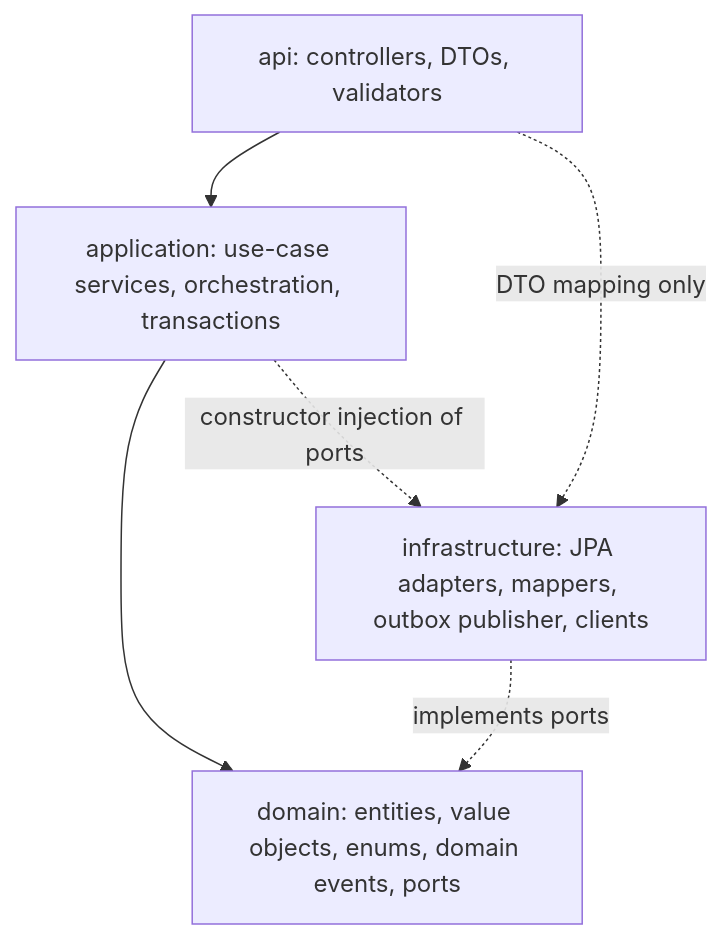
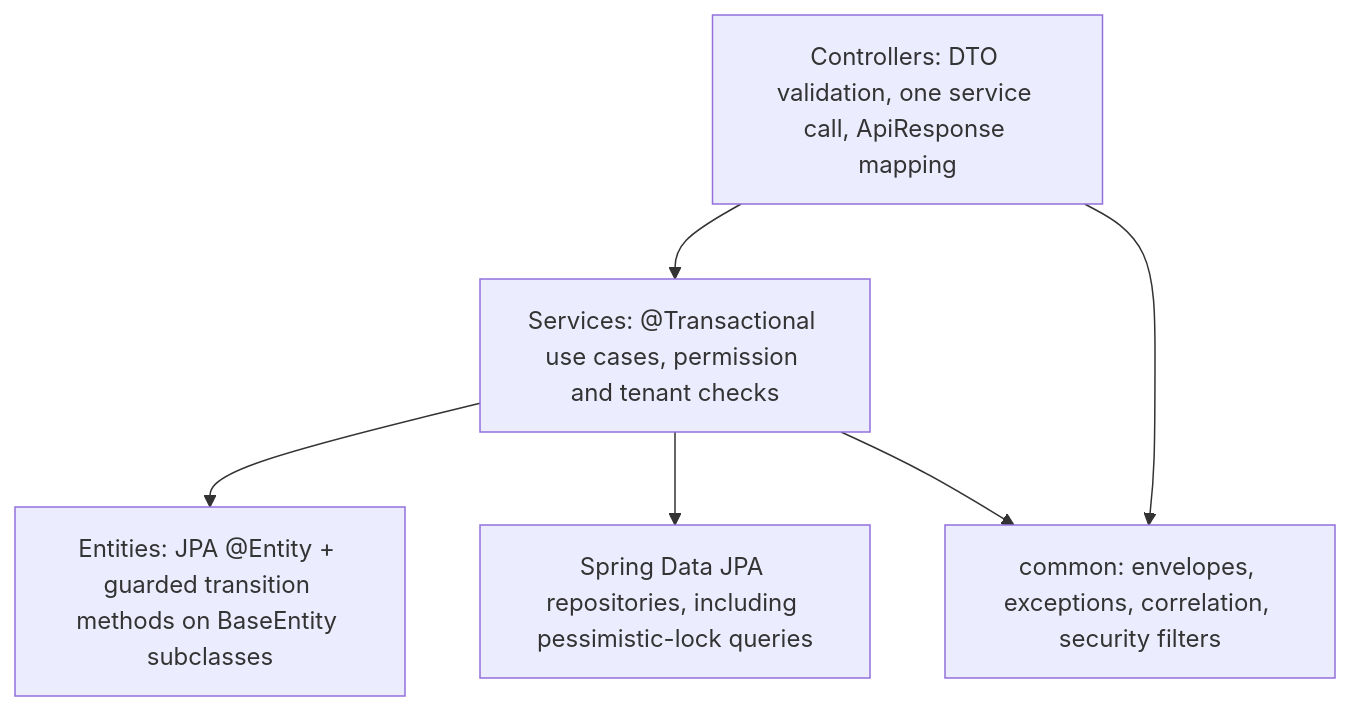
One commit to karkalashivareddy/Advanced-Object-Oriented-Programming-Project changed the second of 4 diagrams in project/docs/architecture/SYSTEM_ARCHITECTURE.md. Above: the diagram before and after it, drawn with Mermaid. The commit also changed other lines of this file and 25 other files, not shown here.

````diff
--- a/project/docs/architecture/SYSTEM_ARCHITECTURE.md
+++ b/project/docs/architecture/SYSTEM_ARCHITECTURE.md
@@ -49,8 +73,13 @@
 ```mermaid
 flowchart TD
-    C[api: controllers, DTOs, validators] --> A[application: use-case services, orchestration, transactions]
-    A --> D[domain: entities, value objects, enums, domain events, ports]
-    I[infrastructure: JPA adapters, mappers, outbox publisher, clients] -.implements ports.-> D
-    C -.->|DTO mapping only| I
-    A -.->|constructor injection of ports| I
+    C[Controllers: DTO validation, one service call, ApiResponse mapping]
+    S[Services: @Transactional use cases, permission and tenant checks]
+    E[Entities: JPA @Entity + guarded transition methods on BaseEntity subclasses]
+    R[Spring Data JPA repositories, including pessimistic-lock queries]
+    X[common: envelopes, exceptions, correlation, security filters]
+    C --> S
+    S --> E
+    S --> R
+    S --> X
+    C --> X
 ```
````
